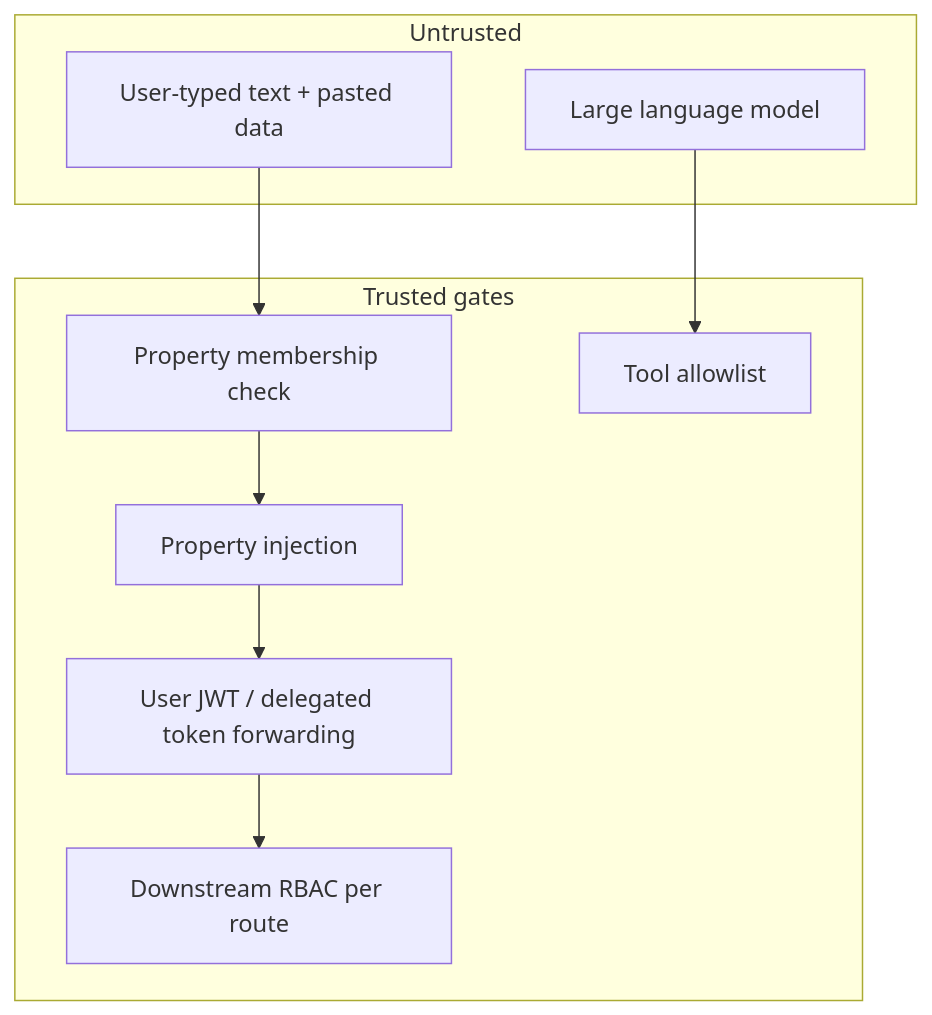
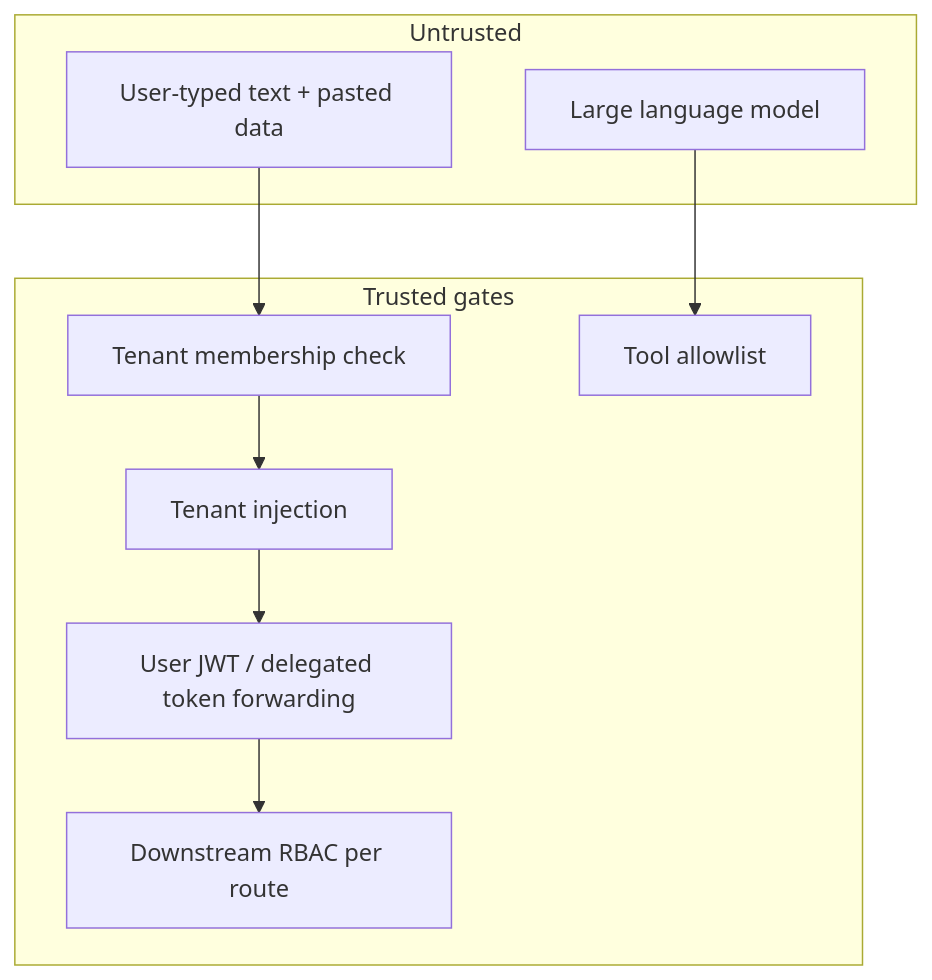
One commit to sahsisunny/Personal-Portfolio changed the fourth of 6 diagrams in content/blog/hotel-pms-ai-orchestrator.mdx. Above: the diagram before and after it, drawn with Mermaid. The commit also changed other lines of this file and 7 other files, not shown here.

````diff
--- a/content/blog/hotel-pms-ai-orchestrator.mdx
+++ b/content/blog/hotel-pms-ai-orchestrator.mdx
@@ -173,21 +176,21 @@
 ```mermaid
 flowchart TB
   subgraph Untrusted
     M["Large language model"]
     U["User-typed text + pasted data"]
   end
 
   subgraph Trusted gates
-    A["Property membership check"]
+    A["Tenant membership check"]
     F["Tool allowlist"]
-    P["Property injection"]
+    P["Tenant injection"]
     T["User JWT / delegated token forwarding"]
     RBAC["Downstream RBAC per route"]
   end
 
   M --> F
   U --> A
   A --> P
   P --> T
   T --> RBAC
 ```
````
